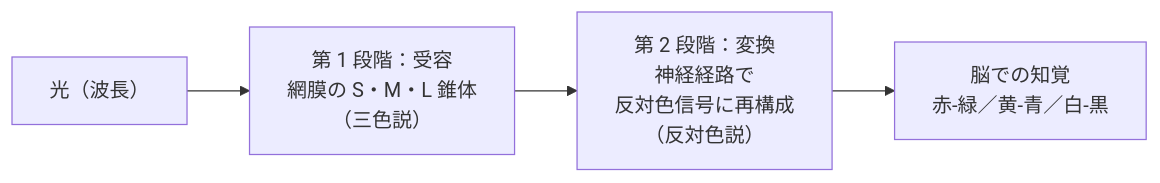
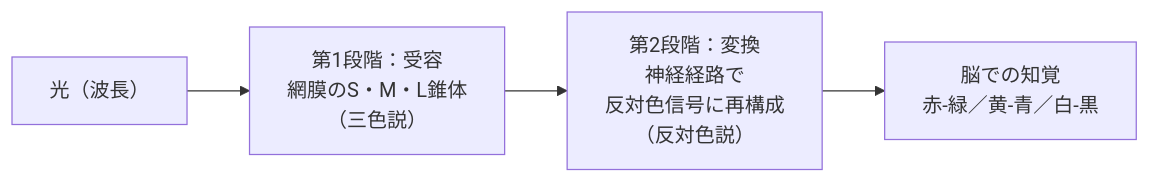
One commit to ozaki25/color-coordination-training-ozaki25 changed the second of 4 diagrams in docs/lessons/lesson08/index.md. Above: the diagram before and after it, drawn with Mermaid. The commit also changed other lines of this file and 27 other files, not shown here.

````diff
--- a/docs/lessons/lesson08/index.md
+++ b/docs/lessons/lesson08/index.md
@@ -58,6 +58,6 @@
 ```mermaid
 flowchart LR
-    光["光（波長）"] --> 受容["第 1 段階：受容\n網膜の S・M・L 錐体\n（三色説）"]
-    受容 --> 変換["第 2 段階：変換\n神経経路で\n反対色信号に再構成\n（反対色説）"]
+    光["光（波長）"] --> 受容["第1段階：受容\n網膜のS・M・L錐体\n（三色説）"]
+    受容 --> 変換["第2段階：変換\n神経経路で\n反対色信号に再構成\n（反対色説）"]
     変換 --> 知覚["脳での知覚\n赤-緑／黄-青／白-黒"]
 ```
````
